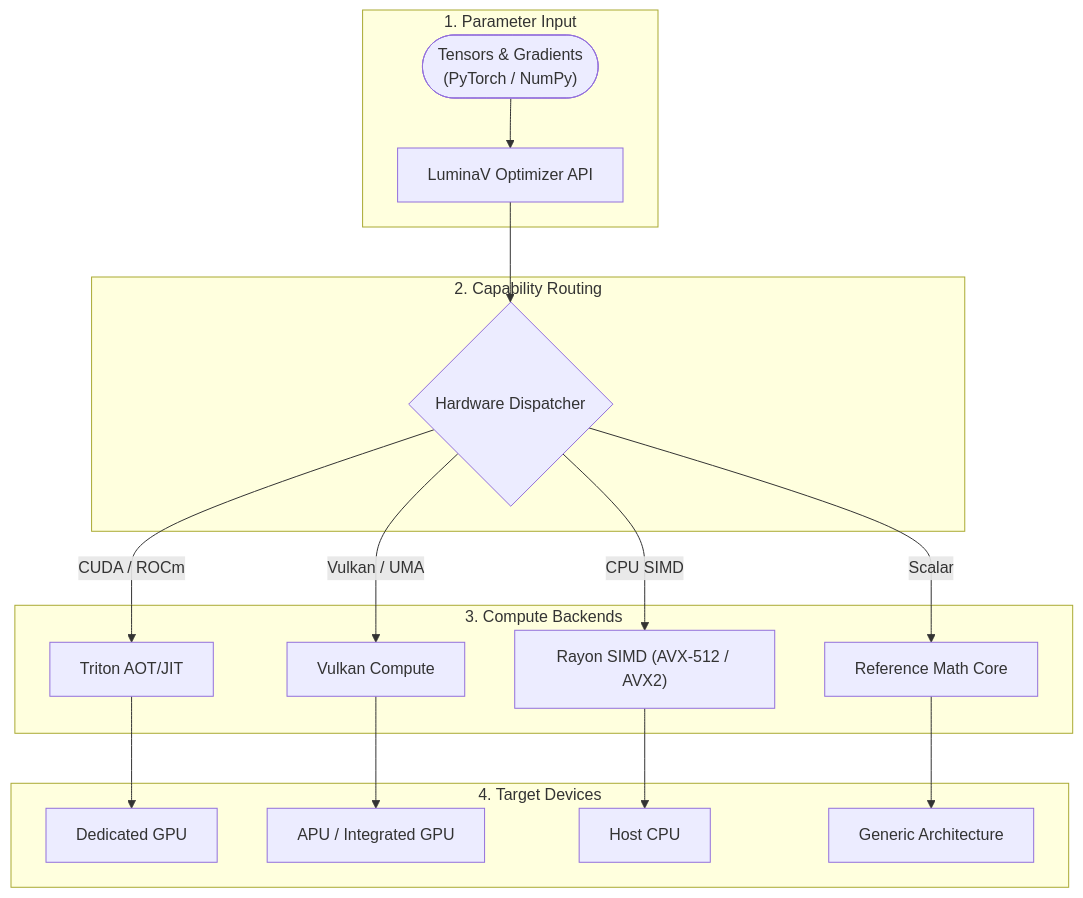
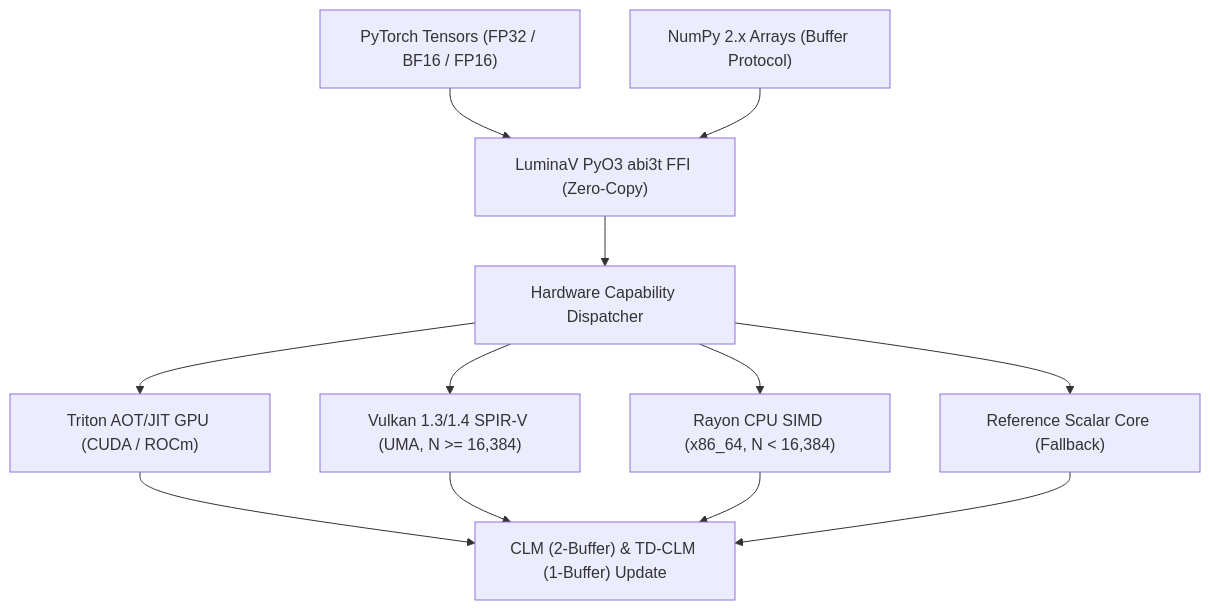
One commit to cloverx-id/luminamoon changed the first of 2 diagrams in docs/en/04_architecture_and_hardware.md. Above: the diagram before and after it, drawn with Mermaid. The commit also changed other lines of this file and 49 other files, not shown here.

Commit message:
change diagram style

````diff
--- a/docs/en/04_architecture_and_hardware.md
+++ b/docs/en/04_architecture_and_hardware.md
@@ -9,24 +9,11 @@
 ```mermaid
 flowchart TD
-    subgraph Inputs["1. Parameter Input"]
-        Params(["Tensors & Gradients\n(PyTorch / NumPy)"]) --> API["LuminaV Optimizer API"]
-    end
-
-    subgraph Routing["2. Capability Routing"]
-        API --> Dispatcher{"Hardware Dispatcher"}
-    end
-
-    subgraph Backends["3. Compute Backends"]
-        Dispatcher -->|"CUDA / ROCm"| Triton["Triton AOT/JIT"]
-        Dispatcher -->|"Vulkan / UMA"| Vulkan["Vulkan Compute"]
-        Dispatcher -->|"CPU SIMD"| SIMD["Rayon SIMD (AVX-512 / AVX2)"]
-        Dispatcher -->|"Scalar"| Scalar["Reference Math Core"]
-    end
-
-    subgraph Targets["4. Target Devices"]
-        Triton --> DevGPU["Dedicated GPU"]
-        Vulkan --> DevUMA["APU / Integrated GPU"]
-        SIMD --> DevCPU["Host CPU"]
-        Scalar --> DevGeneric["Generic Architecture"]
-    end
+    PyTorch["PyTorch Tensors (FP32 / BF16 / FP16)"] --> FFI["LuminaV PyO3 abi3t FFI (Zero-Copy)"]
+    NumPy["NumPy 2.x Arrays (Buffer Protocol)"] --> FFI
+    FFI --> Dispatcher["Hardware Capability Dispatcher"]
+    Dispatcher --> Triton["Triton AOT/JIT GPU (CUDA / ROCm)"]
+    Dispatcher --> Vulkan["Vulkan 1.3/1.4 SPIR-V (UMA, N >= 16,384)"]
+    Dispatcher --> SIMD["Rayon CPU SIMD (x86_64, N < 16,384)"]
+    Dispatcher --> Scalar["Reference Scalar Core (Fallback)"]
+    Triton & Vulkan & SIMD & Scalar --> Math["CLM (2-Buffer) & TD-CLM (1-Buffer) Update"]
 ```
````
